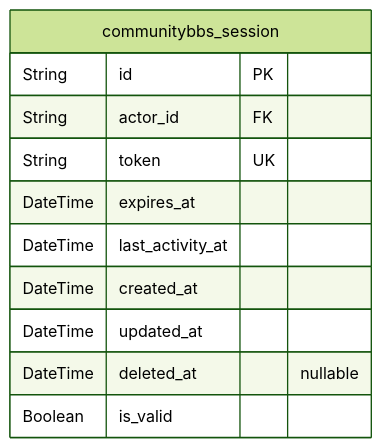
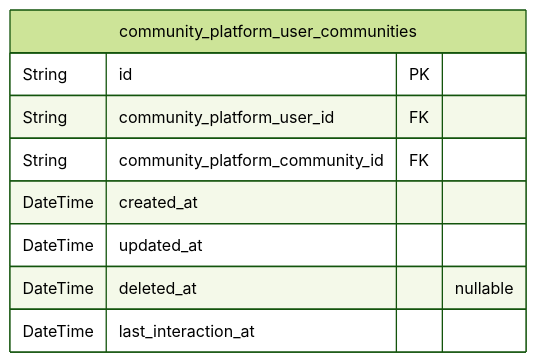
One commit to wrtnlabs/autobe-example-reddit-qwen-qwen3-next-80b-a3b-instruct changed the sixth of 8 diagrams in docs/ERD.md. Above: the diagram before and after it, drawn with Mermaid (forest theme). The commit also changed other lines of this file and 472 other files, not shown here.

````diff
--- a/docs/ERD.md
+++ b/docs/ERD.md
@@ -539,14 +371,12 @@
 ```mermaid
 erDiagram
-"communitybbs_session" {
+"community_platform_user_communities" {
   String id PK
-  String actor_id FK
-  String token UK
-  DateTime expires_at
-  DateTime last_activity_at
+  String community_platform_user_id FK
+  String community_platform_community_id FK
   DateTime created_at
   DateTime updated_at
   DateTime deleted_at "nullable"
-  Boolean is_valid
+  DateTime last_interaction_at
 }
 ```
````
